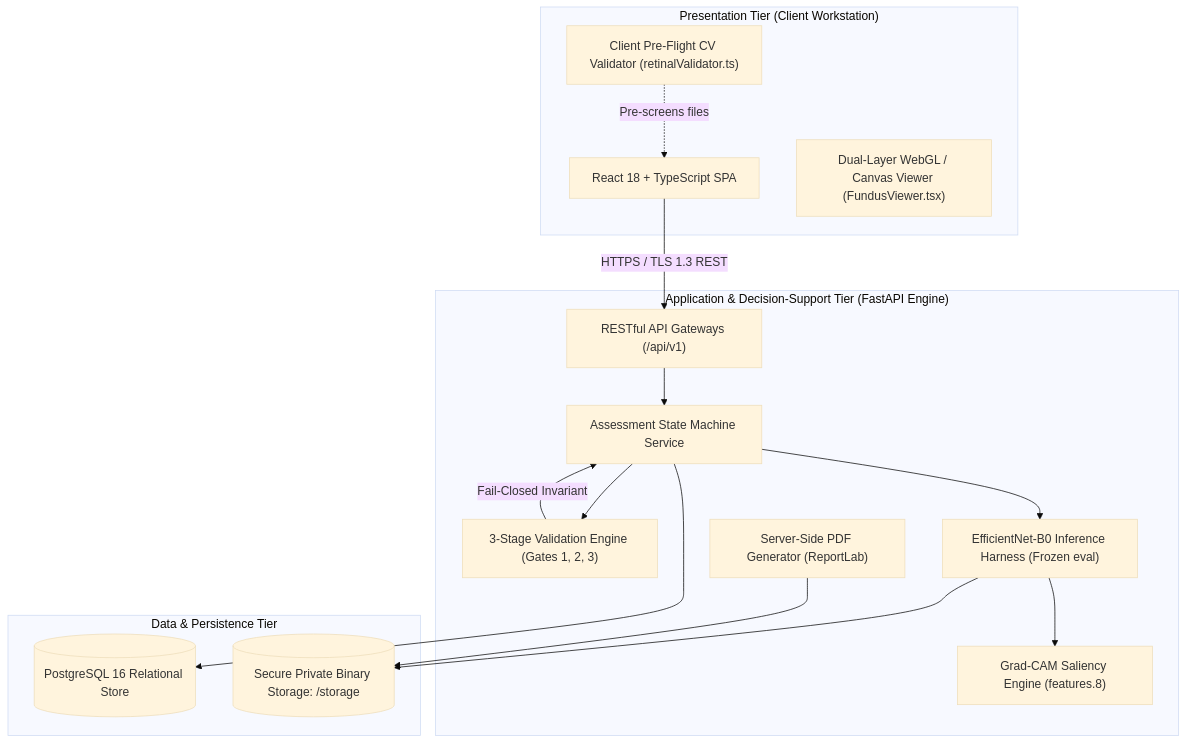
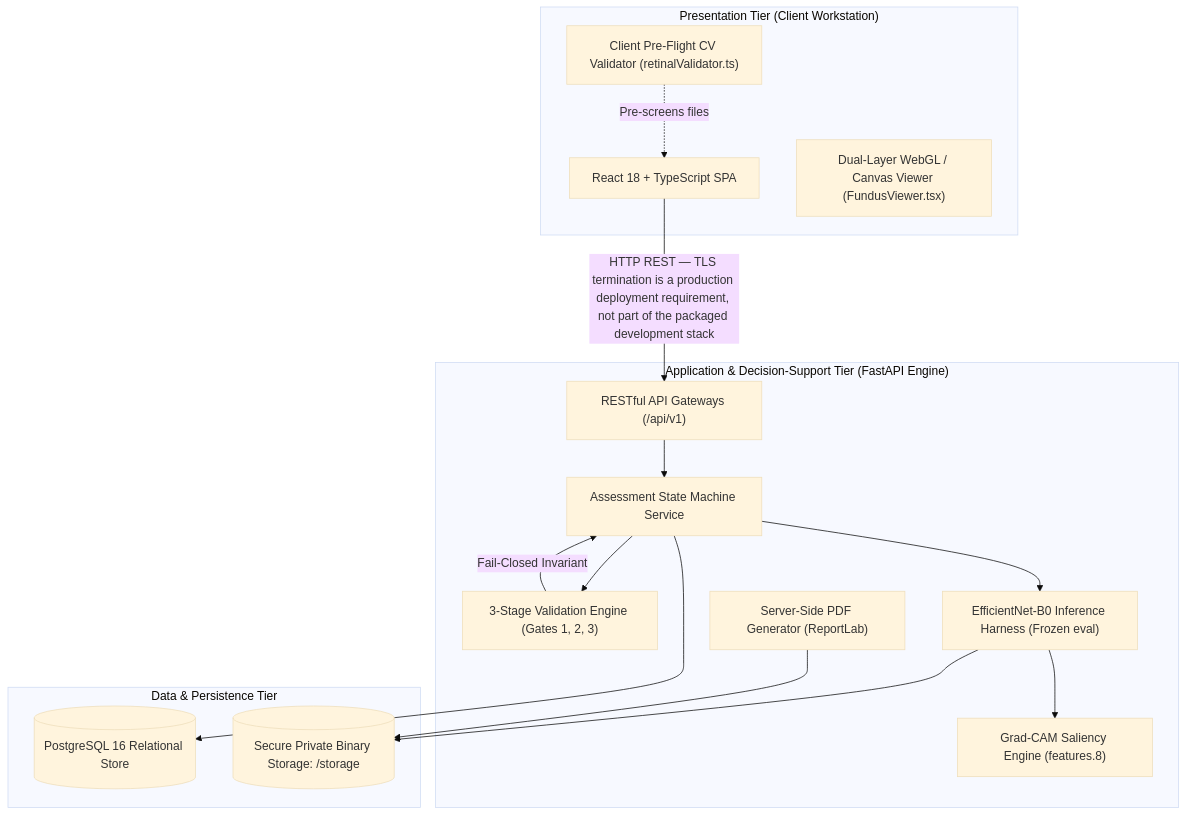
Before and after one commit to CloudTechy/diabetic-retinopathy-cdss: the first of 2 diagrams in docs/chapter4/architecture.md, drawn with Mermaid (base theme). The commit also changed 25 other files, not shown here.

````diff
--- a/docs/chapter4/architecture.md
+++ b/docs/chapter4/architecture.md
@@ -15,33 +15,33 @@
 ```mermaid
 graph TD
     subgraph Tier1["Presentation Tier (Client Workstation)"]
         UI["React 18 + TypeScript SPA"]
         PreFlight["Client Pre-Flight CV Validator (retinalValidator.ts)"]
         Viewer["Dual-Layer WebGL / Canvas Viewer (FundusViewer.tsx)"]
     end
 
     subgraph Tier2["Application & Decision-Support Tier (FastAPI Engine)"]
         Router["RESTful API Gateways (/api/v1)"]
         ValPipe["3-Stage Validation Engine (Gates 1, 2, 3)"]
         StateMachine["Assessment State Machine Service"]
         PytorchEngine["EfficientNet-B0 Inference Harness (Frozen eval)"]
         GradCAM["Grad-CAM Saliency Engine (features.8)"]
         ReportEngine["Server-Side PDF Generator (ReportLab)"]
     end
 
     subgraph Tier3["Data & Persistence Tier"]
         DB[(PostgreSQL 16 Relational Store)]
         Vault[(Secure Private Binary Storage: /storage)]
     end
 
-    UI -->|HTTPS / TLS 1.3 REST| Router
+    UI -->|HTTP REST — TLS termination is a production deployment requirement, not part of the packaged development stack| Router
     PreFlight -.->|Pre-screens files| UI
     Router --> StateMachine
     StateMachine --> ValPipe
     ValPipe -->|Fail-Closed Invariant| StateMachine
     StateMachine --> PytorchEngine
     PytorchEngine --> GradCAM
     StateMachine --> DB
     PytorchEngine --> Vault
     ReportEngine --> Vault
 ```
````
